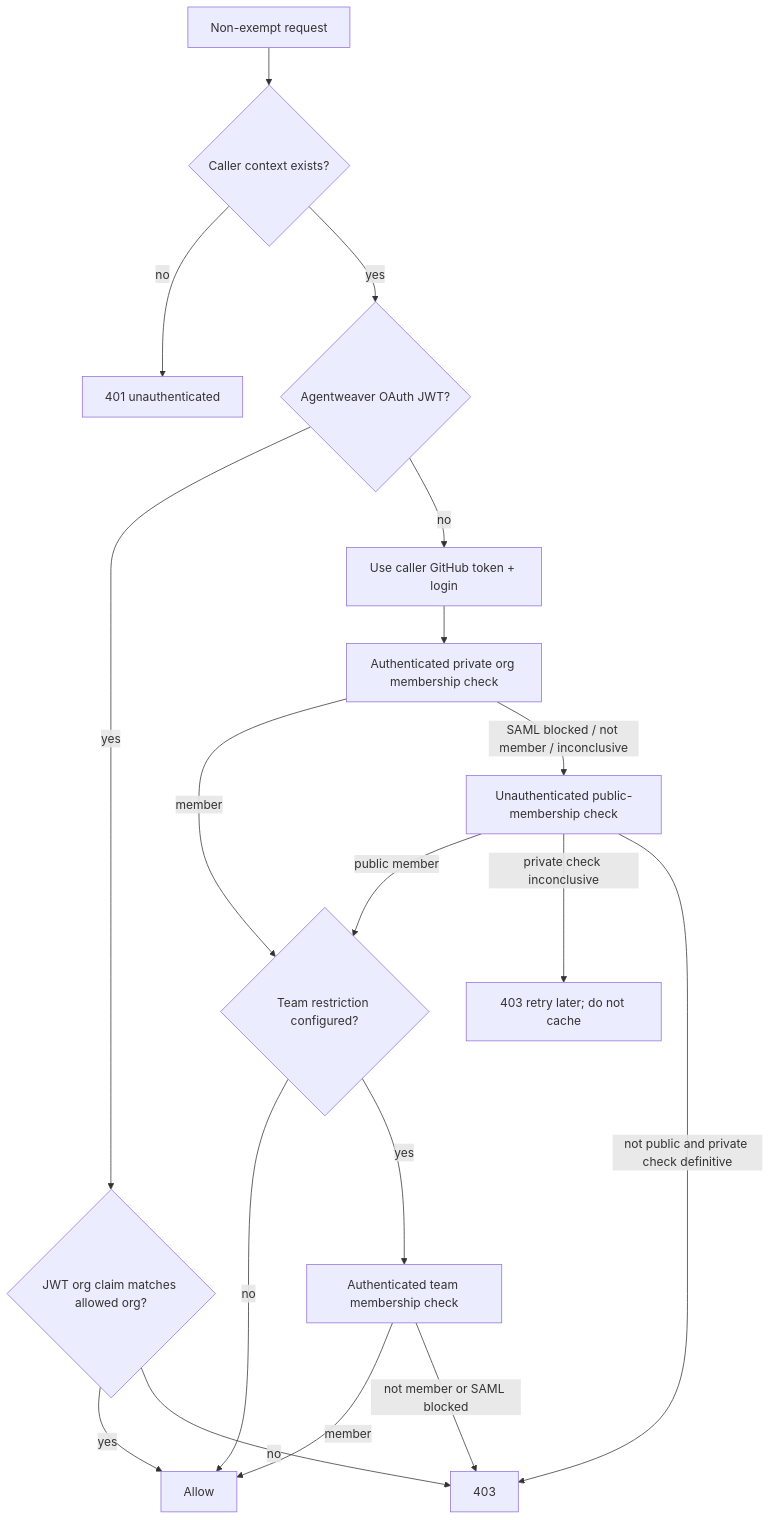
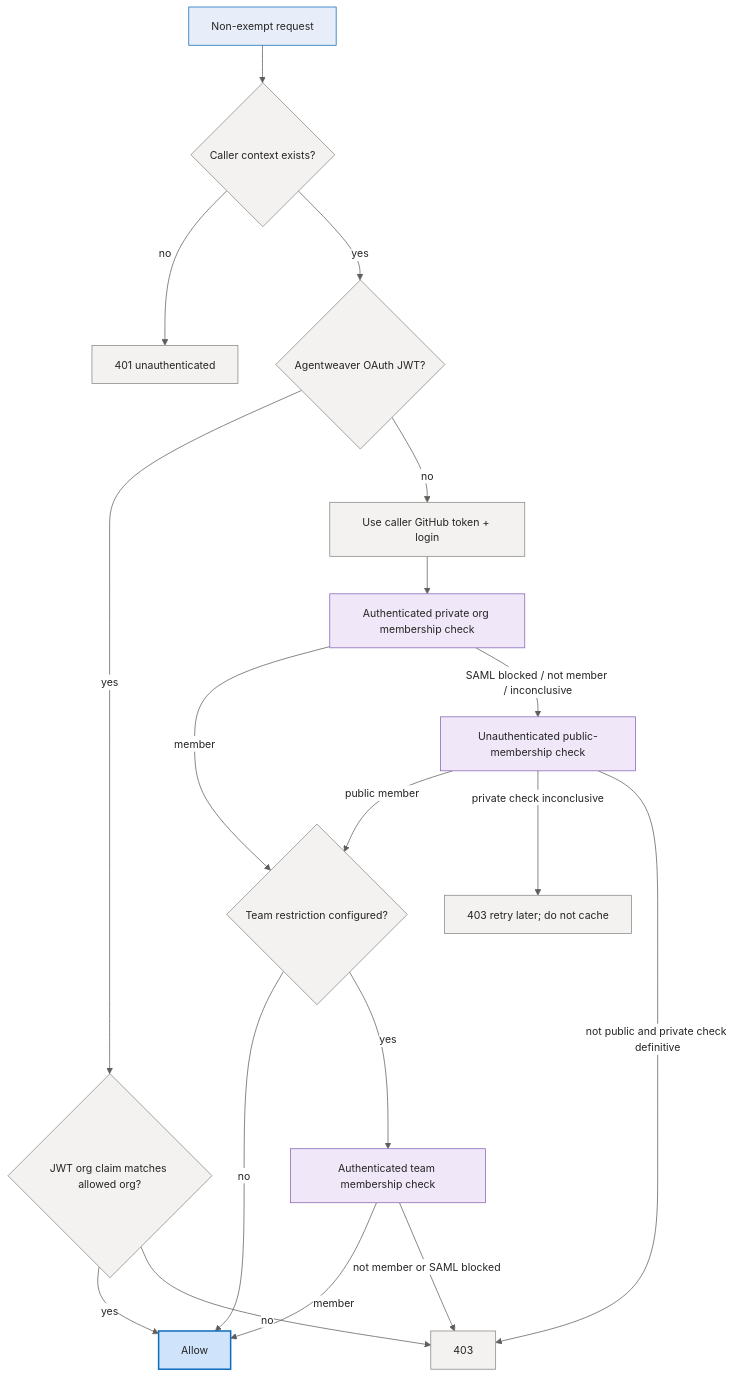
One commit to sabbour/agentweaver changed the fourth of 6 diagrams in docs/deep-dive/auth-security.md. Above: the diagram before and after it, drawn with Mermaid. The commit also changed other lines of this file and 13 other files, not shown here.

````diff
--- a/docs/deep-dive/auth-security.md
+++ b/docs/deep-dive/auth-security.md
@@ -166,21 +249,35 @@
 ```mermaid
+%%{init: {'theme':'base','themeVariables':{'fontFamily':'Segoe UI, system-ui, -apple-system, sans-serif','fontSize':'14px','primaryColor':'#E8EEF9','primaryBorderColor':'#0F6CBD','primaryTextColor':'#242424','lineColor':'#605E5C','clusterBkg':'#FAF9F8','clusterBorder':'#D2D0CE','edgeLabelBackground':'#FFFFFF'}}}%%
 flowchart TD
     A[Non-exempt request] --> B{Caller context exists?}
     B -- no --> U[401 unauthenticated]
     B -- yes --> C{Agentweaver OAuth JWT?}
     C -- yes --> D{JWT org claim matches allowed org?}
     D -- yes --> ALLOW[Allow]
     D -- no --> DENY[403]
 
     C -- no --> E[Use caller GitHub token + login]
     E --> P[Authenticated private org membership check]
     P -- member --> T{Team restriction configured?}
     P -- SAML blocked / not member / inconclusive --> PUB[Unauthenticated public-membership check]
     PUB -- public member --> T
     PUB -- private check inconclusive --> RETRY[403 retry later; do not cache]
     PUB -- not public and private check definitive --> DENY
     T -- no --> ALLOW
     T -- yes --> TEAM[Authenticated team membership check]
     TEAM -- member --> ALLOW
     TEAM -- not member or SAML blocked --> DENY
+
+    classDef client fill:#E8EEF9,stroke:#0F6CBD,stroke-width:1px,color:#242424;
+    classDef svc fill:#F3F2F1,stroke:#8A8886,stroke-width:1px,color:#242424;
+    classDef core fill:#CFE4FA,stroke:#0F6CBD,stroke-width:2px,color:#242424;
+    classDef data fill:#FFF4CE,stroke:#C19C00,stroke-width:1px,color:#242424;
+    classDef ext fill:#F0E8F8,stroke:#8764B8,stroke-width:1px,color:#242424;
+    classDef runtime fill:#DDF3DD,stroke:#107C10,stroke-width:1px,color:#242424;
+    classDef evt fill:#D6F0F0,stroke:#038387,stroke-width:1px,color:#242424;
+
+    class A client;
+    class B,C,D,T,E,U,DENY,RETRY svc;
+    class ALLOW core;
+    class P,PUB,TEAM ext;
 ```
````
